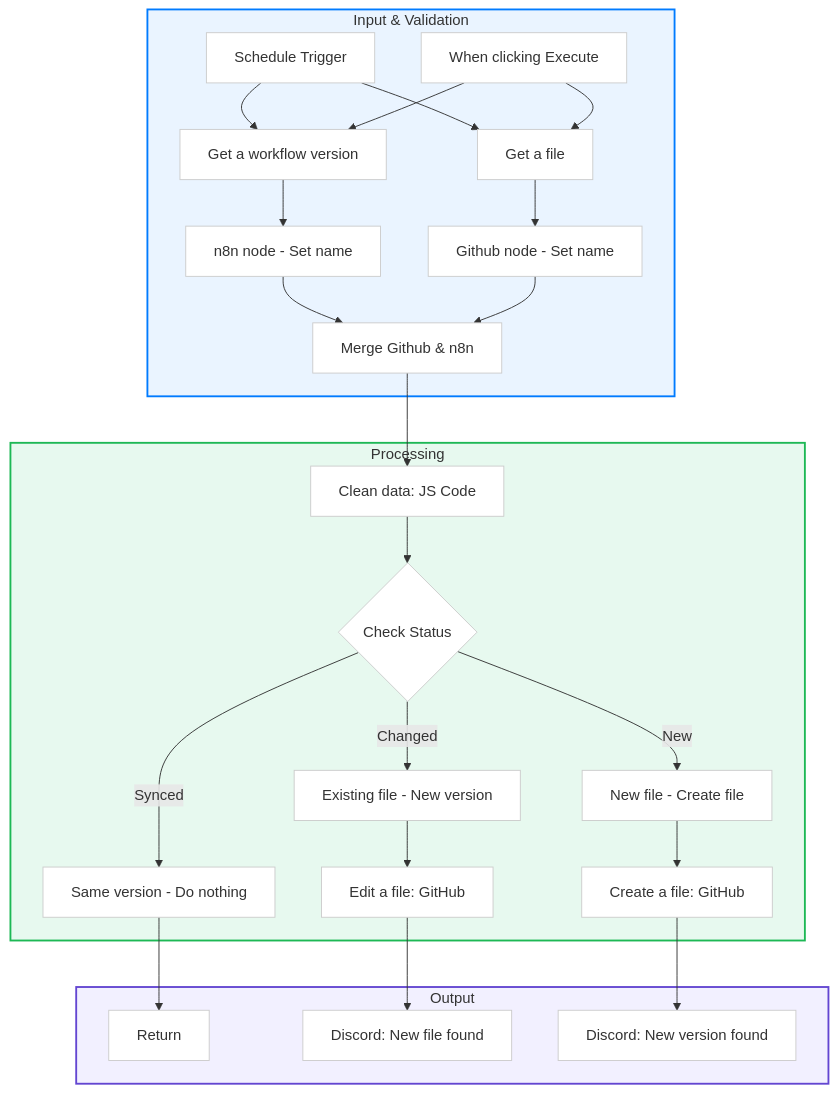
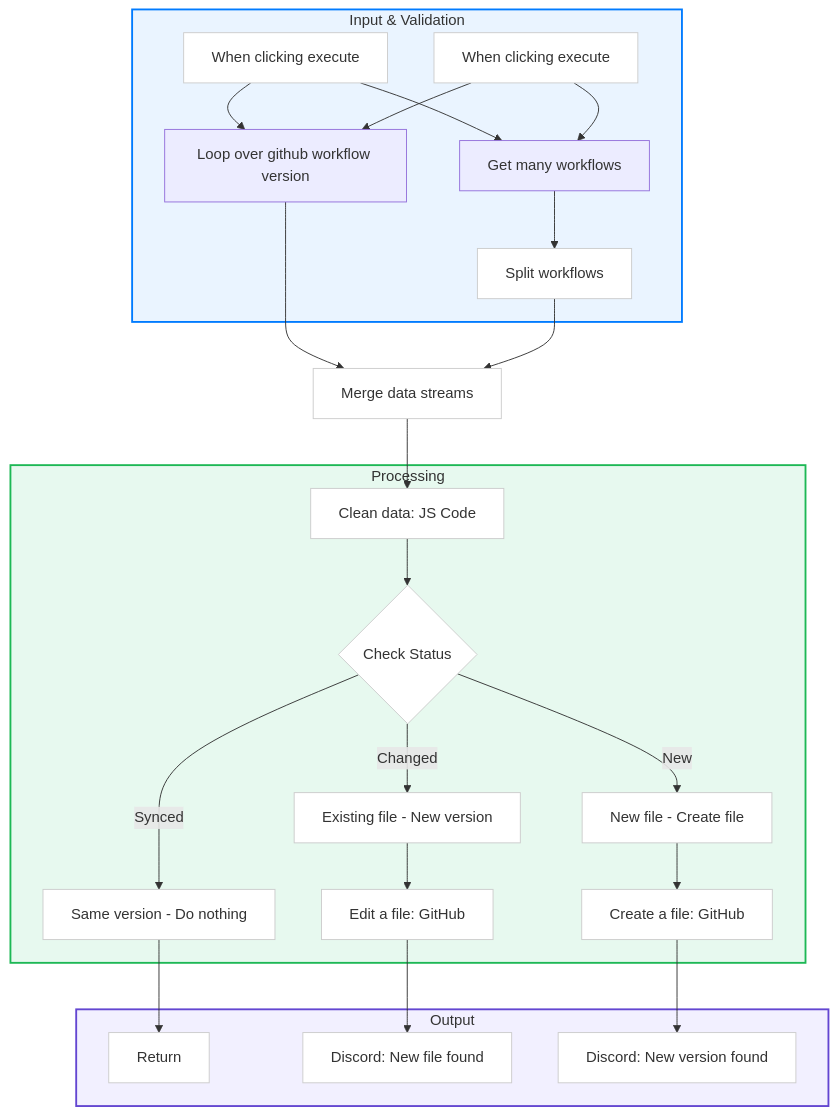
Before and after one commit to JonathanWindell/n8n-workflows: the diagram in workflows/backup-workflow/backup-workflow.md, drawn with Mermaid. The commit also changed 2 other files, not shown here.

Commit message:
Refactored for Brave search instead of SearcAPI due to total queries

````diff
--- a/workflows/backup-workflow/backup-workflow.md
+++ b/workflows/backup-workflow/backup-workflow.md
@@ -1,54 +1,53 @@
 ```mermaid
 graph TD
     %% SUBGRAPH: INPUT & VALIDATION (n8n Blue)
     subgraph Input [Input & Validation]
-        A1[Schedule Trigger] --> B1[Get a workflow version]
-        A1 --> B2[Get a file]
-        A2[When clicking Execute] --> B1
-        A2 --> B2
-        
-        B1 --> C1[n8n node - Set name]
-        B2 --> C2[Github node - Set name]
-        
-        C1 & C2 --> D[Merge Github & n8n]
+       A1[When clicking execute] --> B[Get many workflows]
+       A2[Schedule Trigger] --> B[Get many workflows]
+       B --> B2[Split workflows]
+       A1[When clicking execute] --> C[Loop over github workflow version]
+       A2[When clicking execute] --> C[Loop over github workflow version]
     end
+
+    C --> D[Merge data streams]
+    B2 --> D[Merge data streams]
 
     D --> E
 
     %% SUBGRAPH: PROCESSING (n8n Green)
     subgraph Processing [Processing]
         E[Clean data: JS Code] --> F{Check Status}
         
         F -- Synced --> G1[Same version - Do nothing]
         F -- Changed --> G2[Existing file - New version]
         F -- New --> G3[New file - Create file]
         
         G2 --> H1[Edit a file: GitHub]
         G3 --> H2[Create a file: GitHub]
     end
 
     G1 --> I1
     H1 --> I2
     H2 --> I3
 
     %% SUBGRAPH: OUTPUT (n8n Purple)
     subgraph Output [Output]
         I1[Return]
         I2[Discord: New file found]
         I3[Discord: New version found]
     end
 
     %% STYLE DEFINITIONS
     classDef whiteNode fill:#fff,stroke:#ccc,stroke-width:1px,color:#333;
     
     %% n8n Theme Colors
     classDef n8nInput fill:#eaf4ff,stroke:#007bff,stroke-width:2px;
     classDef n8nProcess fill:#e7f9ef,stroke:#1db855,stroke-width:2px;
     classDef n8nOutput fill:#f2f0ff,stroke:#6346d1,stroke-width:2px;
 
     %% APPLY STYLES
     class A1,A2,B1,B2,C1,C2,D,E,F,G1,G2,G3,H1,H2,I1,I2,I3 whiteNode;
     class Input n8nInput;
     class Processing n8nProcess;
     class Output n8nOutput;
 ```
````
